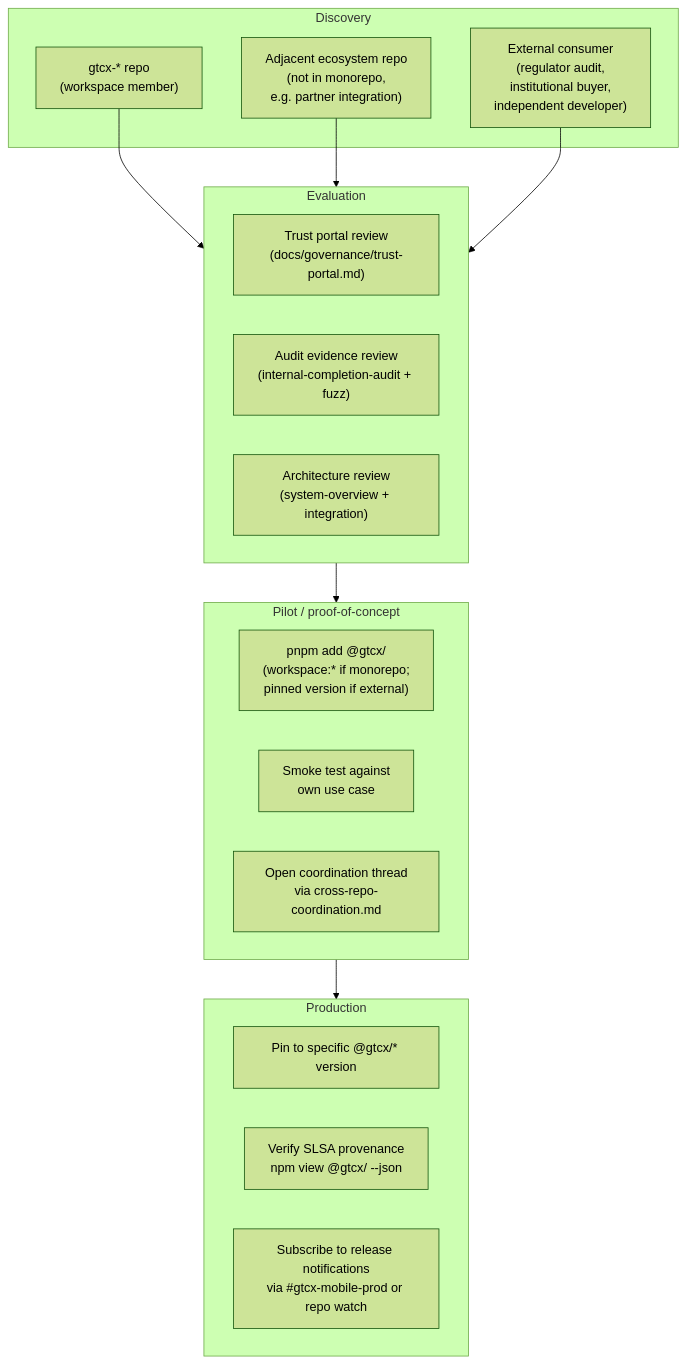
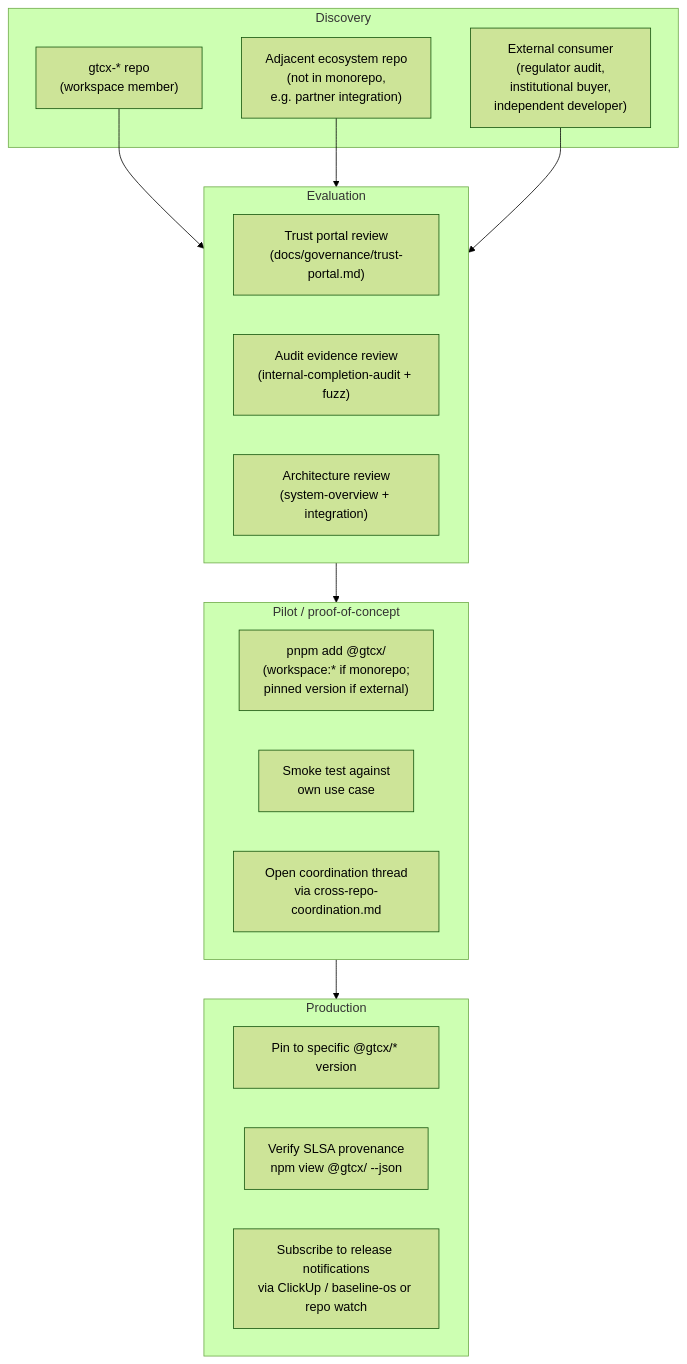
One commit to gtcx-ecosystem/gtcx-core changed the first of 4 diagrams in docs/architecture/adoption-model.md. Above: the diagram before and after it, drawn with Mermaid (forest theme). The commit also changed 3 other files, not shown here.

````diff
--- a/docs/architecture/adoption-model.md
+++ b/docs/architecture/adoption-model.md
@@ -24,32 +24,32 @@
 ```mermaid
 graph TB
     subgraph Discovery["Discovery"]
         ECO["gtcx-* repo<br/>(workspace member)"]
         ADJACENT["Adjacent ecosystem repo<br/>(not in monorepo,<br/>e.g. partner integration)"]
         EXTERNAL["External consumer<br/>(regulator audit,<br/>institutional buyer,<br/>independent developer)"]
     end
 
     subgraph Evaluation["Evaluation"]
         TRUST["Trust portal review<br/>(docs/governance/trust-portal.md)"]
         AUDIT["Audit evidence review<br/>(internal-completion-audit + fuzz)"]
         ARCH["Architecture review<br/>(system-overview + integration)"]
     end
 
     subgraph Pilot["Pilot / proof-of-concept"]
         WS["pnpm add @gtcx/<pkg><br/>(workspace:* if monorepo;<br/>pinned version if external)"]
         SMOKE["Smoke test against<br/>own use case"]
         FEEDBACK["Open coordination thread<br/>via cross-repo-coordination.md"]
     end
 
     subgraph Production["Production"]
         PIN["Pin to specific @gtcx/* version"]
         SLSA["Verify SLSA provenance<br/>npm view @gtcx/<pkg> --json"]
-        MONITOR["Subscribe to release notifications<br/>via #gtcx-mobile-prod or repo watch"]
+        MONITOR["Subscribe to release notifications<br/>via ClickUp / baseline-os or repo watch"]
     end
 
     ECO --> Evaluation
     ADJACENT --> Evaluation
     EXTERNAL --> Evaluation
     Evaluation --> Pilot
     Pilot --> Production
 ```
````
